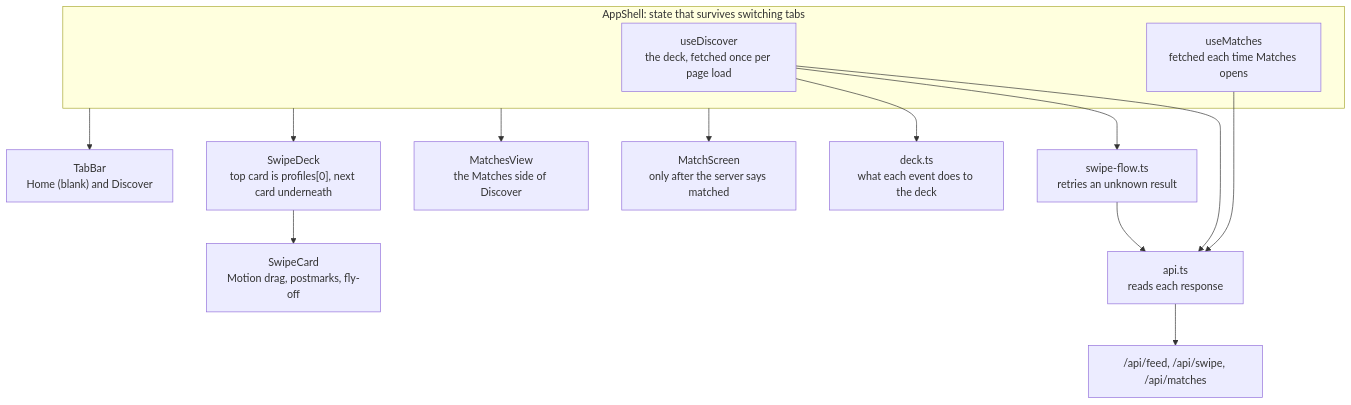
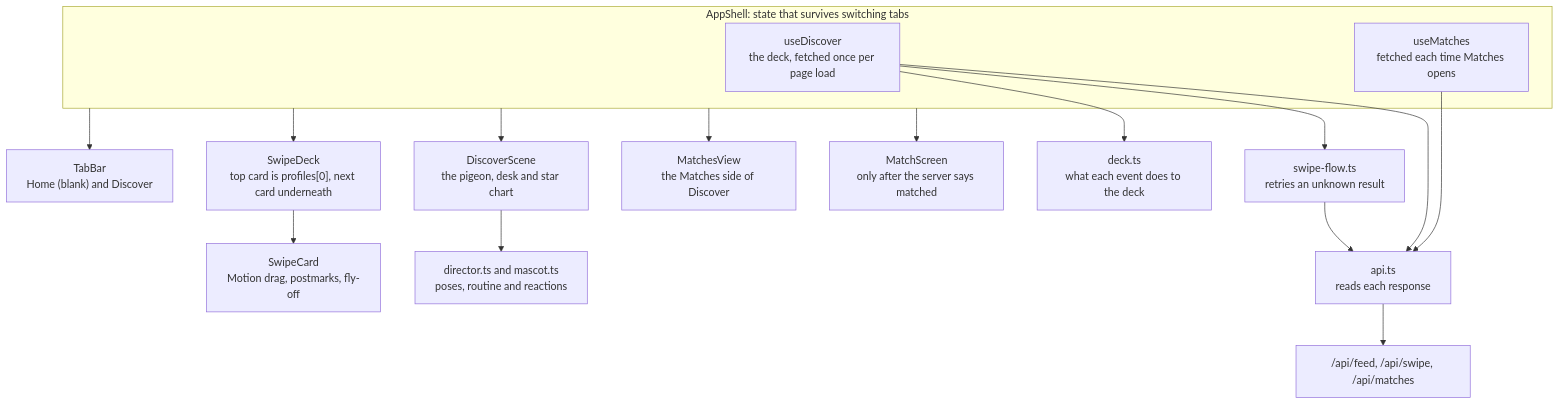
Before and after one commit to ashutosharma2/coy-discover-assignment: diagram 12 of 14 in docs/architecture.md, drawn with Mermaid. The commit also changed other lines of this file and 61 other files, not shown here.

First line of the commit message:
Add the pigeon scene, drawn portraits and new typography

````diff
--- a/docs/architecture.md
+++ b/docs/architecture.md
@@ -352,20 +353,22 @@
 ```mermaid
 flowchart TB
     subgraph Shell["AppShell: state that survives switching tabs"]
         DeckState["useDiscover<br/>the deck, fetched once per page load"]
         MatchState["useMatches<br/>fetched each time Matches opens"]
     end
 
     Shell --> Tabs["TabBar<br/>Home (blank) and Discover"]
+    Shell --> Scene["DiscoverScene<br/>the pigeon, desk and star chart"]
     Shell --> Deck["SwipeDeck<br/>top card is profiles[0], next card underneath"]
     Shell --> Album["MatchesView<br/>the Matches side of Discover"]
     Shell --> MatchScreen["MatchScreen<br/>only after the server says matched"]
     Deck --> Card["SwipeCard<br/>Motion drag, postmarks, fly-off"]
 
+    Scene --> Director["director.ts and mascot.ts<br/>poses, routine and reactions"]
     DeckState --> Reducer["deck.ts<br/>what each event does to the deck"]
     DeckState --> Flow["swipe-flow.ts<br/>retries an unknown result"]
     Flow --> Client["api.ts<br/>reads each response"]
     DeckState --> Client
     MatchState --> Client
     Client --> Api["/api/feed, /api/swipe, /api/matches"]
 ```
````
